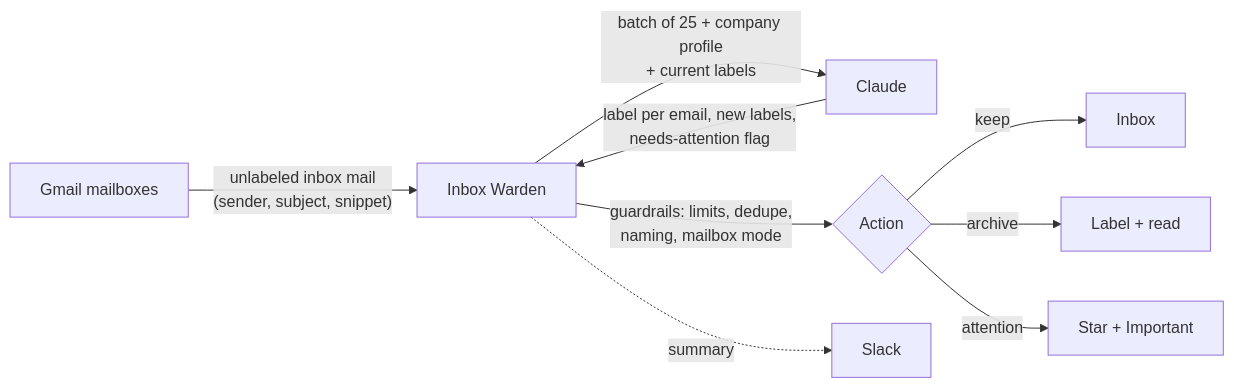
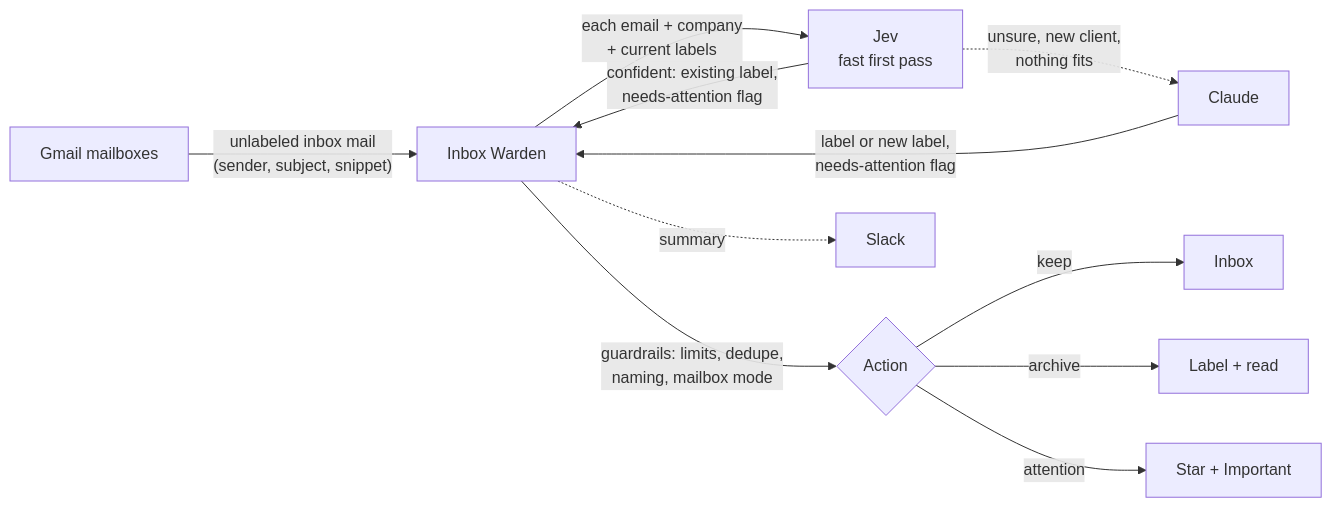
The diagram in README.md (IshanVats-6/inbox-warden), drawn with Mermaid before and after one commit. The commit also changed other lines of this file and 15 other files, not shown here.

First line of the commit message:
One-command installer, Jev first pass, Google sign-in only

````diff
--- a/README.md
+++ b/README.md
@@ -84,11 +98,13 @@
 ```mermaid
 flowchart LR
     A["Gmail mailboxes"] -->|"unlabeled inbox mail<br>(sender, subject, snippet)"| B["Inbox Warden"]
-    B -->|"batch of 25 + company profile<br>+ current labels"| C["Claude"]
-    C -->|"label per email, new labels,<br>needs-attention flag"| B
+    B -->|"each email + company<br>+ current labels"| J["Jev<br>fast first pass"]
+    J -->|"confident: existing label,<br>needs-attention flag"| B
+    J -.->|"unsure, new client,<br>nothing fits"| C["Claude"]
+    C -->|"label or new label,<br>needs-attention flag"| B
     B -->|"guardrails: limits, dedupe,<br>naming, mailbox mode"| D{"Action"}
     D -->|"keep"| E["Inbox"]
     D -->|"archive"| F["Label + read"]
     D -->|"attention"| G["Star + Important"]
     B -.->|"summary"| H["Slack"]
 ```
````
